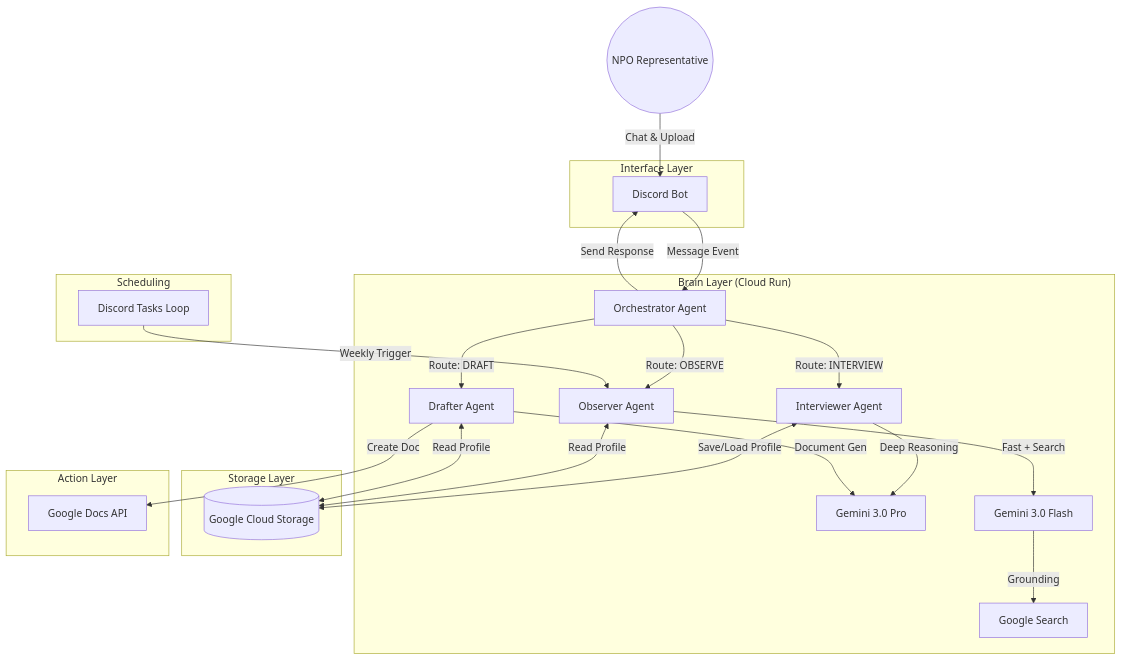
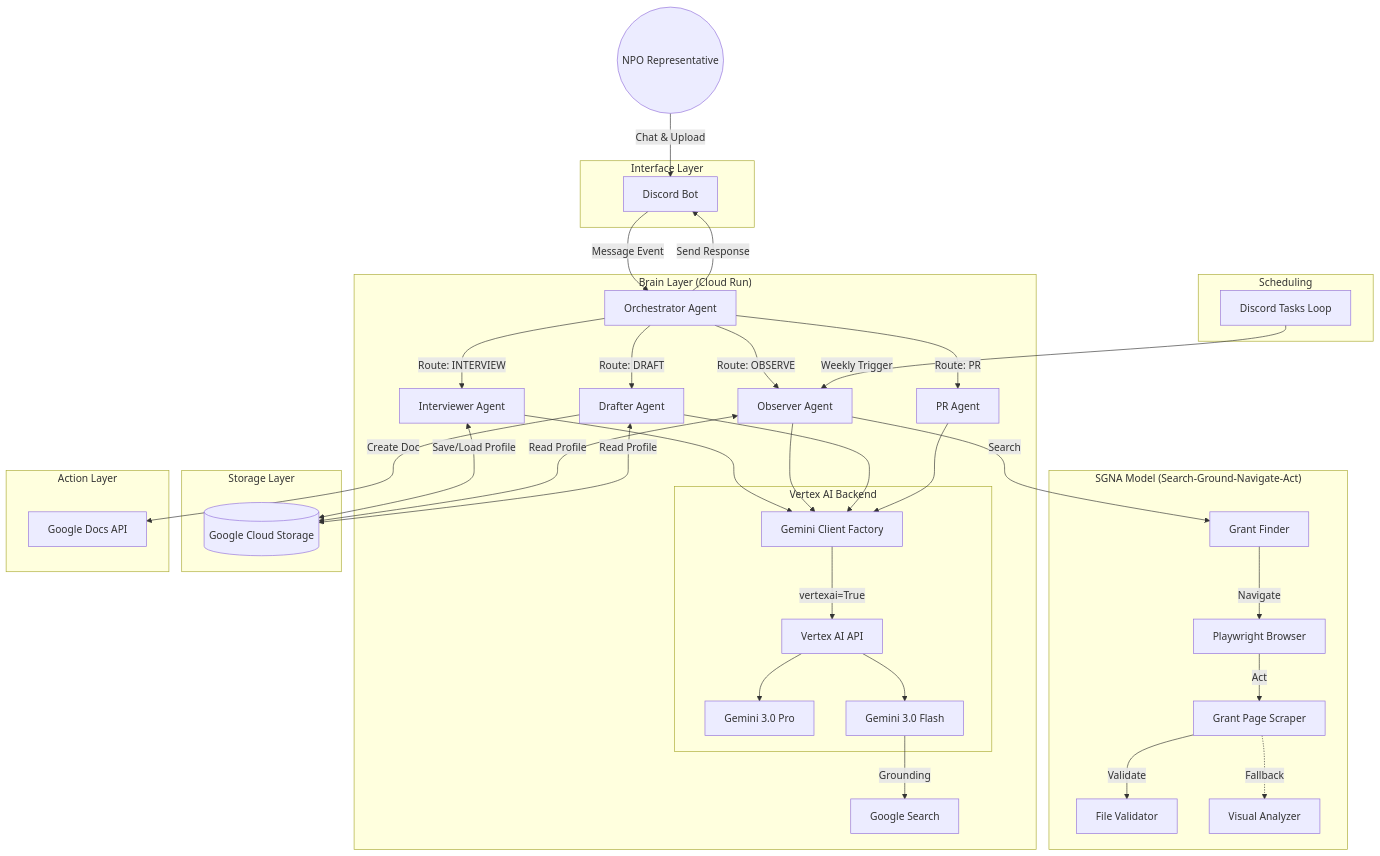
The diagram in readme.md (t1gurt/shadow-director), drawn with Mermaid before and after one commit.

Commit message:
docs: Update architecture diagram with Vertex AI and SGNA model components

````diff
--- a/readme.md
+++ b/readme.md
@@ -89,37 +89,54 @@
 ```mermaid
 graph TD
     User((NPO Representative)) -->|Chat & Upload| Discord
     
     subgraph "Interface Layer"
         Discord[Discord Bot]
     end
 
     subgraph "Brain Layer (Cloud Run)"
         Discord -->|Message Event| Orchestrator[Orchestrator Agent]
         
         Orchestrator -->|Route: INTERVIEW| Interviewer[Interviewer Agent]
         Orchestrator -->|Route: OBSERVE| Observer[Observer Agent]
         Orchestrator -->|Route: DRAFT| Drafter[Drafter Agent]
+        Orchestrator -->|Route: PR| PRAgent[PR Agent]
         
-        Interviewer -->|Deep Reasoning| GeminiPro[Gemini 3.0 Pro]
-        Observer -->|Fast + Search| GeminiFlash[Gemini 3.0 Flash]
-        Drafter -->|Document Gen| GeminiPro
+        subgraph "Vertex AI Backend"
+            GeminiClient[Gemini Client Factory]
+            GeminiClient -->|vertexai=True| VertexAI[Vertex AI API]
+            VertexAI --> GeminiPro[Gemini 3.0 Pro]
+            VertexAI --> GeminiFlash[Gemini 3.0 Flash]
+        end
+        
+        Interviewer --> GeminiClient
+        Observer --> GeminiClient
+        Drafter --> GeminiClient
+        PRAgent --> GeminiClient
         
         GeminiFlash -->|Grounding| GoogleSearch[Google Search]
+    end
+
+    subgraph "SGNA Model (Search-Ground-Navigate-Act)"
+        Observer -->|Search| GrantFinder[Grant Finder]
+        GrantFinder -->|Navigate| Playwright[Playwright Browser]
+        Playwright -->|Act| PageScraper[Grant Page Scraper]
+        PageScraper -->|Validate| FileValidator[File Validator]
+        PageScraper -.->|Fallback| VisualAnalyzer[Visual Analyzer]
     end
 
     subgraph "Storage Layer"
         Interviewer <-->|Save/Load Profile| GCS[(Google Cloud Storage)]
         Observer <-->|Read Profile| GCS
         Drafter <-->|Read Profile| GCS
     end
 
     subgraph "Action Layer"
         Drafter -->|Create Doc| GDocs[Google Docs API]
         Orchestrator -->|Send Response| Discord
     end
     
     subgraph "Scheduling"
         Tasks[Discord Tasks Loop] -->|Weekly Trigger| Observer
     end
 ```
````
